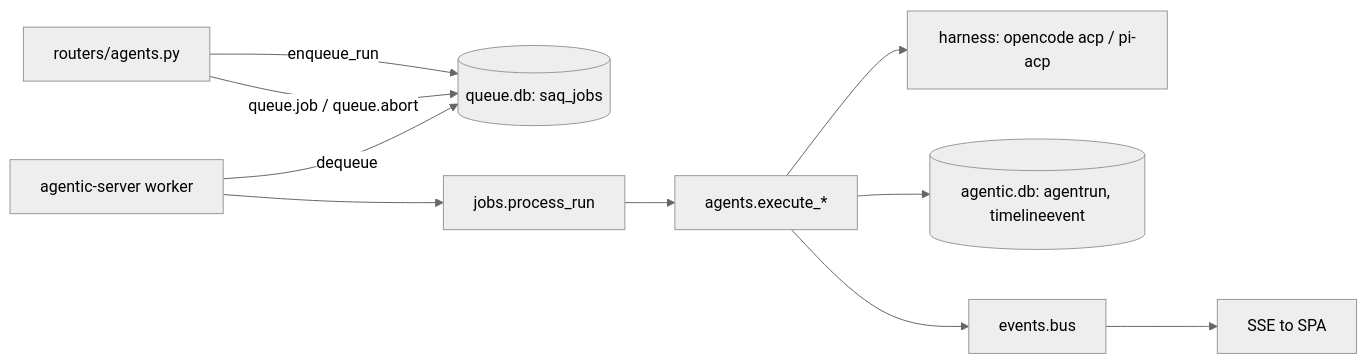
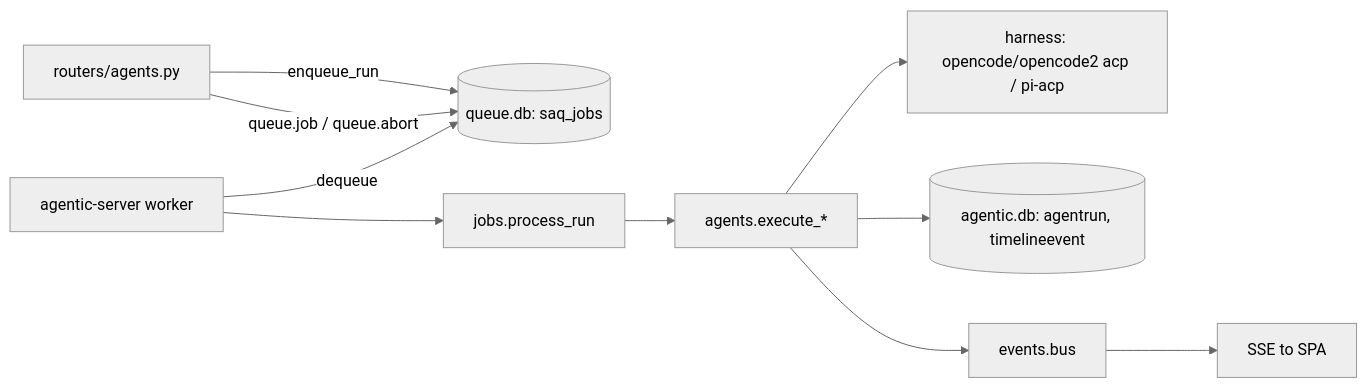
Before and after one commit to TomzxCode/agentic: the first of 4 diagrams in .sdlc/features/p15-run-queue/specification.md, drawn with Mermaid (neutral theme). The commit also changed 19 other files, not shown here.

First line of the commit message:
feat(harness): add an opencode2 harness and a settable default

````diff
--- a/.sdlc/features/p15-run-queue/specification.md
+++ b/.sdlc/features/p15-run-queue/specification.md
@@ -17,11 +17,11 @@
 ```mermaid
 flowchart LR
     API[routers/agents.py] -->|enqueue_run| Q[(queue.db: saq_jobs)]
     W[agentic-server worker] -->|dequeue| Q
     W --> P[jobs.process_run]
     P --> E[agents.execute_*]
-    E --> H[harness: opencode acp / pi-acp]
+    E --> H[harness: opencode/opencode2 acp / pi-acp]
     E --> DB[(agentic.db: agentrun, timelineevent)]
     E --> B[events.bus] --> SSE[SSE to SPA]
     API -->|queue.job / queue.abort| Q
 ```
````
